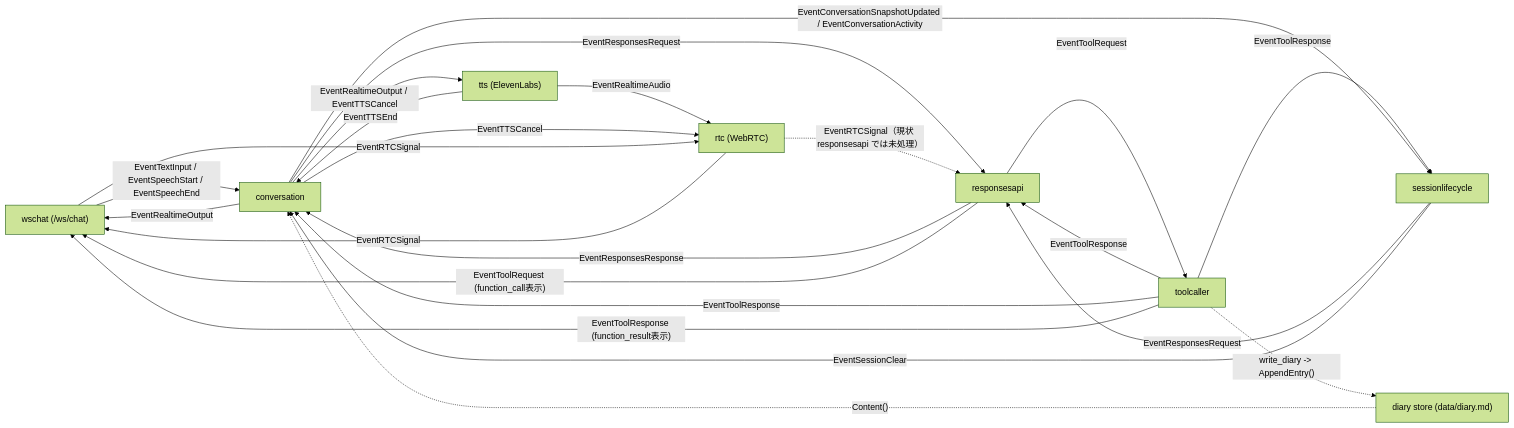
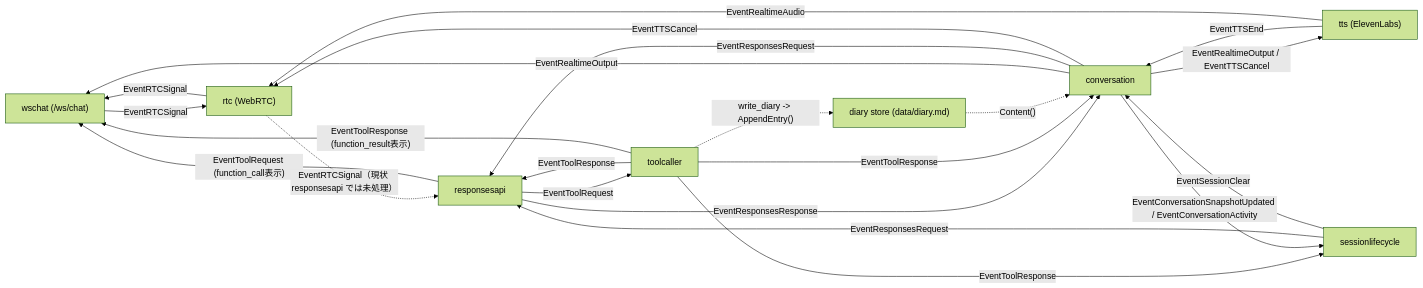
Before and after one commit to tetetratra/smart-speaker: the diagram in README.md, drawn with Mermaid (forest theme). The commit also changed 15 other files, not shown here.

````diff
--- a/README.md
+++ b/README.md
@@ -148,41 +148,40 @@
 ```mermaid
 flowchart LR
   wschat["wschat (/ws/chat)"]
   sessionlifecycle["sessionlifecycle"]
   conversation["conversation"]
   responses["responsesapi"]
   toolcaller["toolcaller"]
   tts["tts (ElevenLabs)"]
   rtc["rtc (WebRTC)"]
   diarystore["diary store (data/diary.md)"]
 
-  wschat -- "EventTextInput / EventSpeechStart / EventSpeechEnd" --> conversation
   conversation -- "EventRealtimeOutput" --> wschat
 
   conversation -- "EventResponsesRequest" --> responses
   responses -- "EventResponsesResponse" --> conversation
 
   responses -- "EventToolRequest" --> toolcaller
   responses -- "EventToolRequest (function_call表示)" --> wschat
   toolcaller -- "EventToolResponse" --> responses
   toolcaller -- "EventToolResponse" --> sessionlifecycle
 
   toolcaller -- "EventToolResponse" --> conversation
   toolcaller -- "EventToolResponse (function_result表示)" --> wschat
 
   conversation -- "EventRealtimeOutput / EventTTSCancel" --> tts
   conversation -- "EventConversationSnapshotUpdated / EventConversationActivity" --> sessionlifecycle
   tts -- "EventTTSEnd" --> conversation
   tts -- "EventRealtimeAudio" --> rtc
   conversation -- "EventTTSCancel" --> rtc
 
   wschat -- "EventRTCSignal" --> rtc
   rtc -- "EventRTCSignal" --> wschat
   rtc -. "EventRTCSignal（現状 responsesapi では未処理）" .-> responses
 
   sessionlifecycle -- "EventResponsesRequest" --> responses
   sessionlifecycle -- "EventSessionClear" --> conversation
 
   diarystore -. "Content()" .-> conversation
   toolcaller -. "write_diary -> AppendEntry()" .-> diarystore
 ```
````
